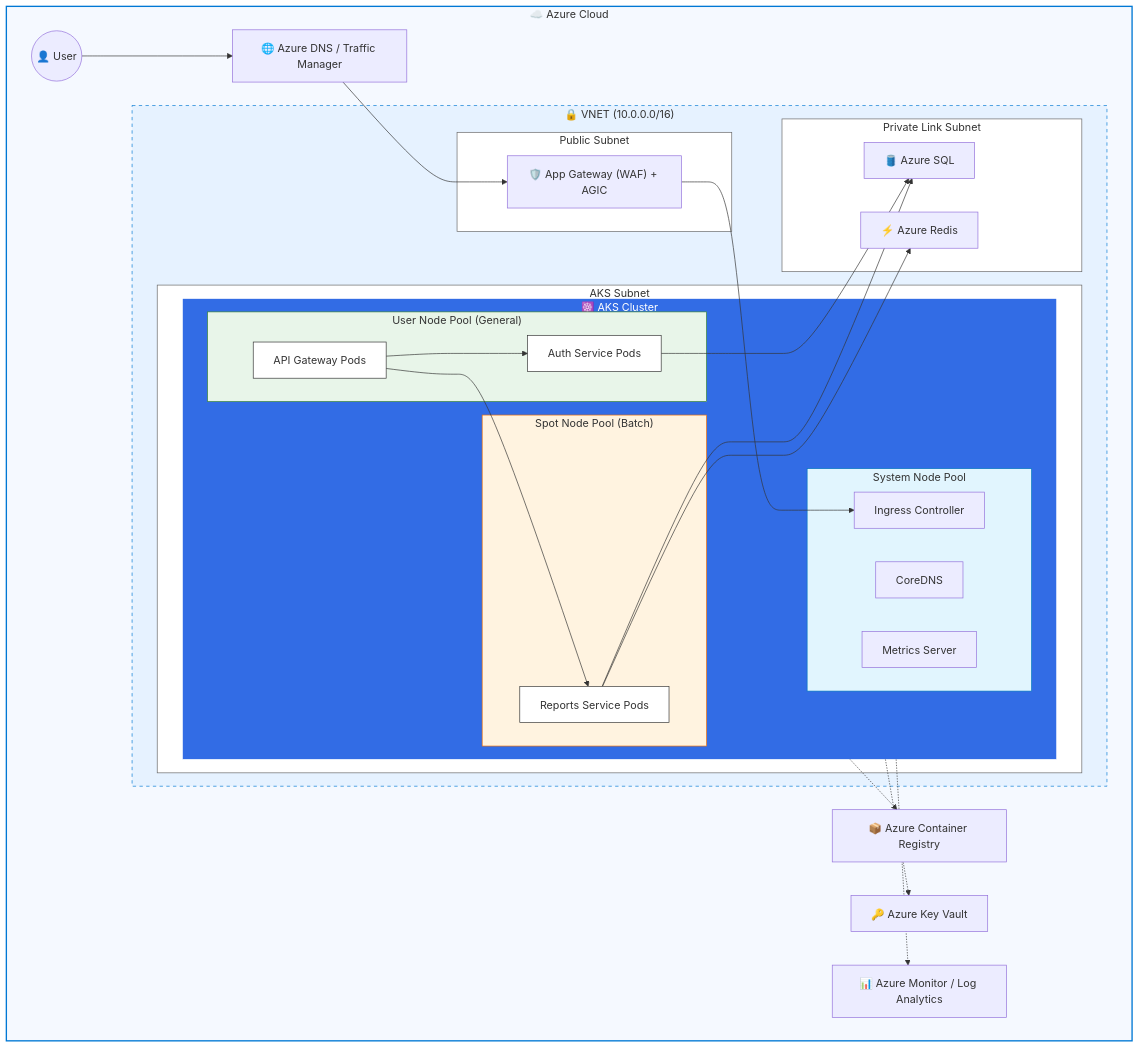
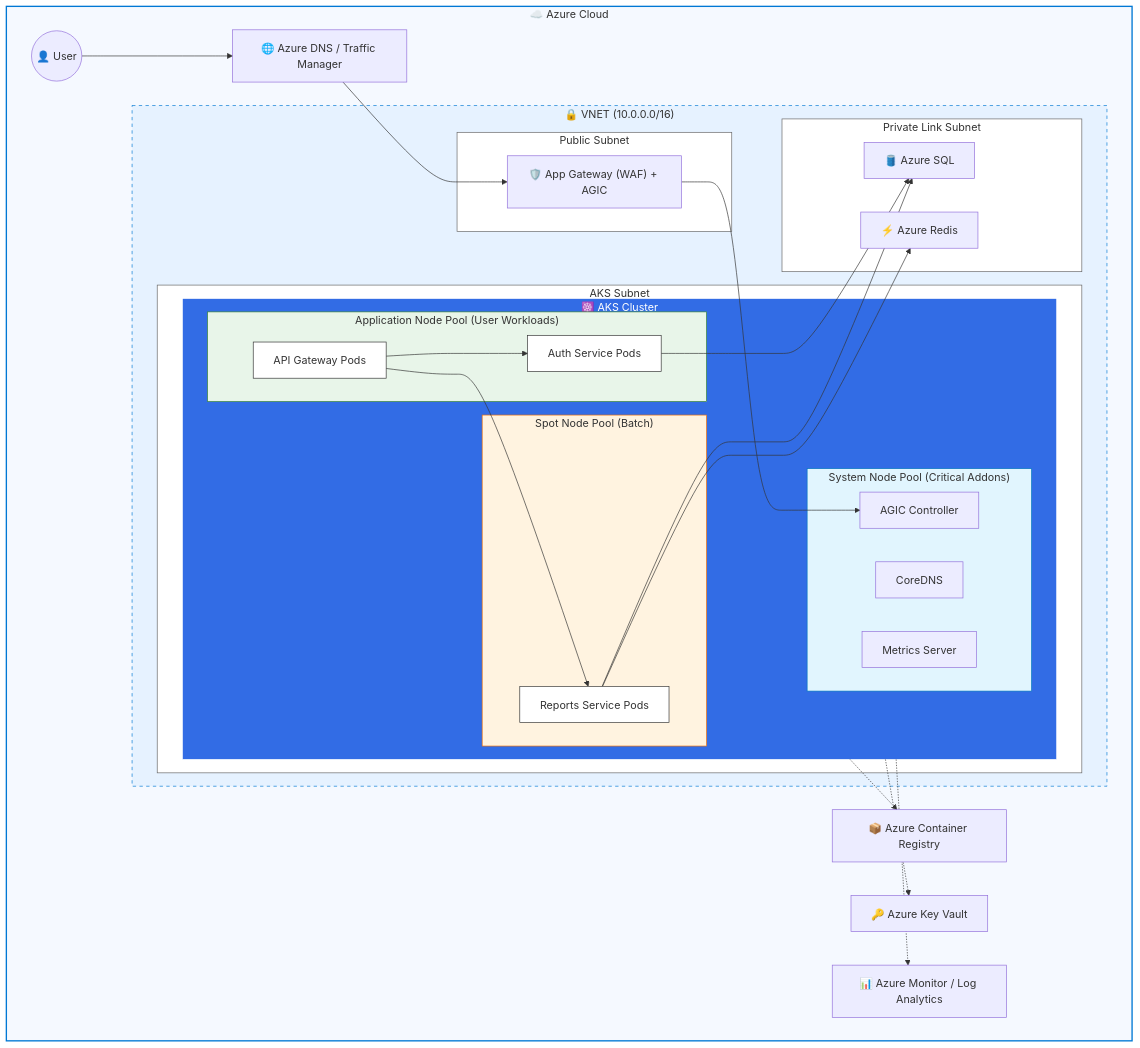
Before and after one commit to Yettywemzy41/Project-AKS: the diagram in architecture.mmd, drawn with Mermaid.

Commit message:
update diagram

```diff
--- a/architecture.mmd
+++ b/architecture.mmd
@@ -1,69 +1,69 @@
 graph TB
     subgraph Azure_Cloud["☁️ Azure Cloud"]
         style Azure_Cloud fill:#f5f9ff,stroke:#0078d4,stroke-width:2px
 
         User(("👤 User"))
         DNS["🌐 Azure DNS / Traffic Manager"]
         
         User --> DNS
         DNS --> AppGW
 
         subgraph VNET["🔒 VNET (10.0.0.0/16)"]
             style VNET fill:#e6f2ff,stroke:#0078d4,stroke-dasharray: 5 5
 
             subgraph Public_Subnet["Public Subnet"]
                 style Public_Subnet fill:#fff,stroke:#666
                 AppGW["🛡️ App Gateway (WAF) + AGIC"]
             end
 
             subgraph AKS_Subnet["AKS Subnet"]
                 style AKS_Subnet fill:#fff,stroke:#666
                 
                 subgraph AKS_Cluster["☸️ AKS Cluster"]
                     style AKS_Cluster fill:#326ce5,stroke:#fff,color:#fff
                     
-                    subgraph System_Pool["System Node Pool"]
+                    subgraph System_Pool["System Node Pool (Critical Addons)"]
                         style System_Pool fill:#e1f5fe,stroke:#0277bd
-                        IngressCtrl["Ingress Controller"]
+                        IngressCtrl["AGIC Controller"]
                         CoreDNS["CoreDNS"]
                         Metrics["Metrics Server"]
                     end
 
-                    subgraph User_Pool["User Node Pool (General)"]
+                    subgraph User_Pool["Application Node Pool (User Workloads)"]
                         style User_Pool fill:#e8f5e9,stroke:#2e7d32
                         APIGW_Pod["API Gateway Pods"]
                         Auth_Pod["Auth Service Pods"]
                     end
 
                     subgraph Spot_Pool["Spot Node Pool (Batch)"]
                         style Spot_Pool fill:#fff3e0,stroke:#ef6c00
                         Reports_Pod["Reports Service Pods"]
                     end
                 end
             end
             
             subgraph Data_Subnet["Private Link Subnet"]
                 style Data_Subnet fill:#fff,stroke:#666
                 SQL["🛢️ Azure SQL"]
                 Redis["⚡ Azure Redis"]
             end
         end
 
         ACR["📦 Azure Container Registry"]
         KV["🔑 Azure Key Vault"]
         Monitor["📊 Azure Monitor / Log Analytics"]
 
         AKS_Cluster -.-> ACR
         AKS_Cluster -.-> KV
         AKS_Cluster -.-> Monitor
         
         APIGW_Pod --> Auth_Pod
         APIGW_Pod --> Reports_Pod
         Auth_Pod --> SQL
         Reports_Pod --> SQL
         Reports_Pod --> Redis
         AppGW --> IngressCtrl
     end
 
     classDef service fill:#fff,stroke:#333,stroke-width:1px;
     class APIGW_Pod,Auth_Pod,Reports_Pod service;
```
